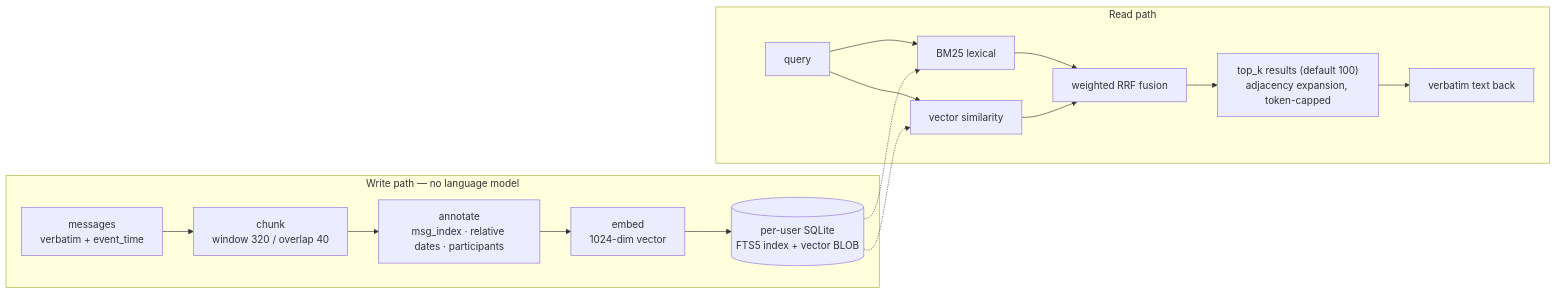
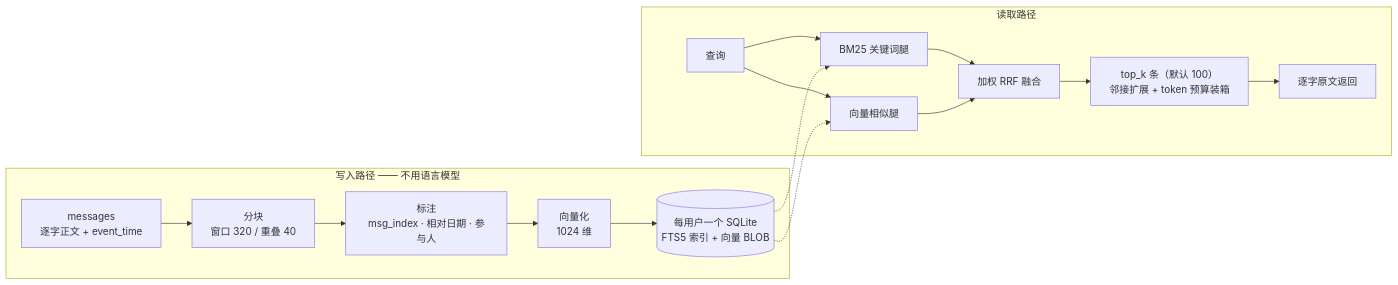
One commit to xiaomijituan/agent-memory-service changed the diagram in README.md. Above: the diagram before and after it, drawn with Mermaid. The commit also changed other lines of this file, not shown here.

````diff
--- a/README.md
+++ b/README.md
@@ -109,19 +145,19 @@
 ```mermaid
 flowchart LR
-  subgraph write["Write path — no language model"]
-    A["messages<br/>verbatim + event_time"] --> B["chunk<br/>window 320 / overlap 40"]
-    B --> C["annotate<br/>msg_index · relative dates · participants"]
-    C --> D["embed<br/>1024-dim vector"]
-    D --> E[("per-user SQLite<br/>FTS5 index + vector BLOB")]
+  subgraph write["写入路径 —— 不用语言模型"]
+    A["messages<br/>逐字正文 + event_time"] --> B["分块<br/>窗口 320 / 重叠 40"]
+    B --> C["标注<br/>msg_index · 相对日期 · 参与人"]
+    C --> D["向量化<br/>1024 维"]
+    D --> E[("每用户一个 SQLite<br/>FTS5 索引 + 向量 BLOB")]
   end
-  subgraph read["Read path"]
-    Q["query"] --> L["BM25 lexical"]
-    Q --> V["vector similarity"]
-    L --> F["weighted RRF fusion"]
+  subgraph read["读取路径"]
+    Q["查询"] --> L["BM25 关键词腿"]
+    Q --> V["向量相似腿"]
+    L --> F["加权 RRF 融合"]
     V --> F
-    F --> R["top_k results (default 100)<br/>adjacency expansion, token-capped"]
-    R --> S["verbatim text back"]
+    F --> R["top_k 条（默认 100）<br/>邻接扩展 + token 预算装箱"]
+    R --> S["逐字原文返回"]
   end
   E -.-> L
   E -.-> V
 ```
````
